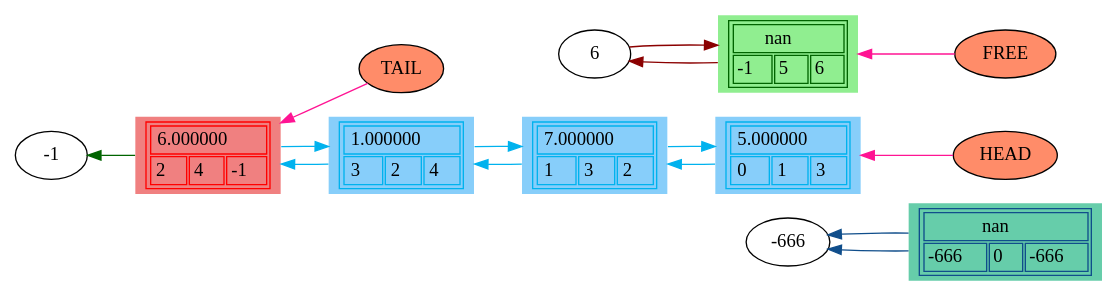
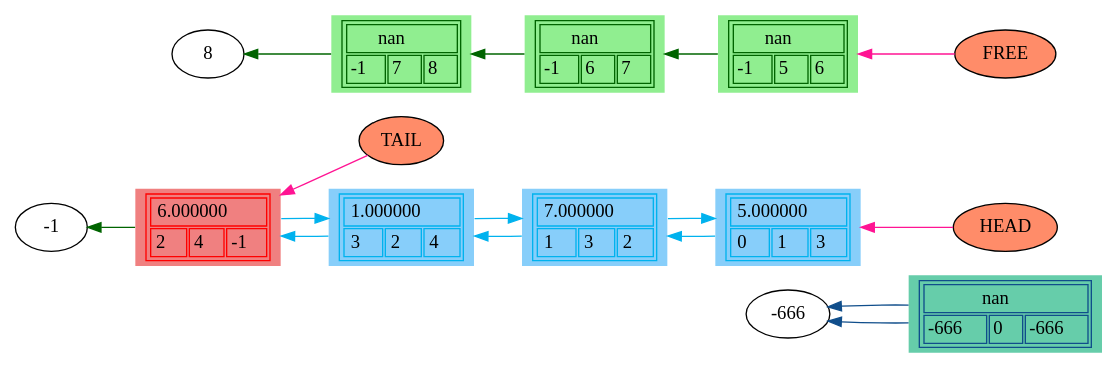
Before and after one commit to Agustangel/List: the diagram in graph_log.dot, drawn with Graphviz. The commit also changed 2 other files, not shown here.

```diff
--- a/graph_log.dot
+++ b/graph_log.dot
@@ -1,86 +1,109 @@
 digraph G {
 rankdir = RL;
 	0 [shape = plaintext, label =<
 	<table>
 	<tr>
 		<td colspan="3"> nan </td>
 	 </tr>
 	 <tr>
 		 <td> -666 </td>
 		 <td> 0 </td>
 		 <td> -666 </td>
 	 </tr>
 	</table>>, style = filled, color = dodgerblue4, fillcolor = mediumaquamarine]
 	1 [shape = plaintext, label =<
 	<table>
 	<tr>
 		<td colspan="3"> 5.000000 </td>
 	 </tr>
 	 <tr>
 		 <td> 0 </td>
 		 <td> 1 </td>
 		 <td> 3 </td>
 	 </tr>
 	</table>>, style = filled, color = deepskyblue2, fillcolor = lightskyblue]
 	2 [shape = plaintext, label =<
 	<table>
 	<tr>
 		<td colspan="3"> 1.000000 </td>
 	 </tr>
 	 <tr>
 		 <td> 3 </td>
 		 <td> 2 </td>
 		 <td> 4 </td>
 	 </tr>
 	</table>>, style = filled, color = deepskyblue2, fillcolor = lightskyblue]
 	3 [shape = plaintext, label =<
 	<table>
 	<tr>
 		<td colspan="3"> 7.000000 </td>
 	 </tr>
 	 <tr>
 		 <td> 1 </td>
 		 <td> 3 </td>
 		 <td> 2 </td>
 	 </tr>
 	</table>>, style = filled, color = deepskyblue2, fillcolor = lightskyblue]
 	4 [shape = plaintext, label =<
 	<table>
 	<tr>
 		<td colspan="3"> 6.000000 </td>
 	 </tr>
 	 <tr>
 		 <td> 2 </td>
 		 <td> 4 </td>
 		 <td> -1 </td>
 	 </tr>
 	</table>>, style = filled, color = red,  fillcolor = lightcoral]
 	5 [shape = plaintext, label =<
 	<table>
 	<tr>
 		<td colspan="3"> nan </td>
 	 </tr>
 	 <tr>
 		 <td> -1 </td>
 		 <td> 5 </td>
 		 <td> 6 </td>
 	 </tr>
 	</table>>, style = filled, color = darkgreen, fillcolor = lightgreen]
+	6 [shape = plaintext, label =<
+	<table>
+	<tr>
+		<td colspan="3"> nan </td>
+	 </tr>
+	 <tr>
+		 <td> -1 </td>
+		 <td> 6 </td>
+		 <td> 7 </td>
+	 </tr>
+	</table>>, style = filled, color = darkgreen, fillcolor = lightgreen]
+	7 [shape = plaintext, label =<
+	<table>
+	<tr>
+		<td colspan="3"> nan </td>
+	 </tr>
+	 <tr>
+		 <td> -1 </td>
+		 <td> 7 </td>
+		 <td> 8 </td>
+	 </tr>
+	</table>>, style = filled, color = darkgreen, fillcolor = lightgreen]
 	0 -> -666 [color = dodgerblue4]; 
 	0 -> -666 [color = dodgerblue4]; 
 	1 -> 3 [color = deepskyblue2]; 
 	3 -> 1 [color = deepskyblue2]; 
 	2 -> 4 [color = deepskyblue2]; 
 	4 -> 2 [color = deepskyblue2]; 
 	3 -> 2 [color = deepskyblue2]; 
 	2 -> 3 [color = deepskyblue2]; 
 	4 -> -1 [color = darkgreen]; 
-	5 -> 6 [color = darkred]; 
-	6 -> 5 [color = darkred]; 
+	5 -> 6 [color = darkgreen]; 
+	6 -> 7 [color = darkgreen]; 
+	7 -> 8 [color = darkgreen]; 
 	HEAD [style = filled, color = black, fillcolor = salmon1]; 
 	TAIL [style = filled, color = black, fillcolor = salmon1]; 
 	FREE [style = filled, color = black, fillcolor = salmon1]; 
 	HEAD -> 1 [color = deeppink]; 
 	TAIL -> 4 [color = deeppink]; 
 	FREE -> 5 [color = deeppink]; 
 }
```
